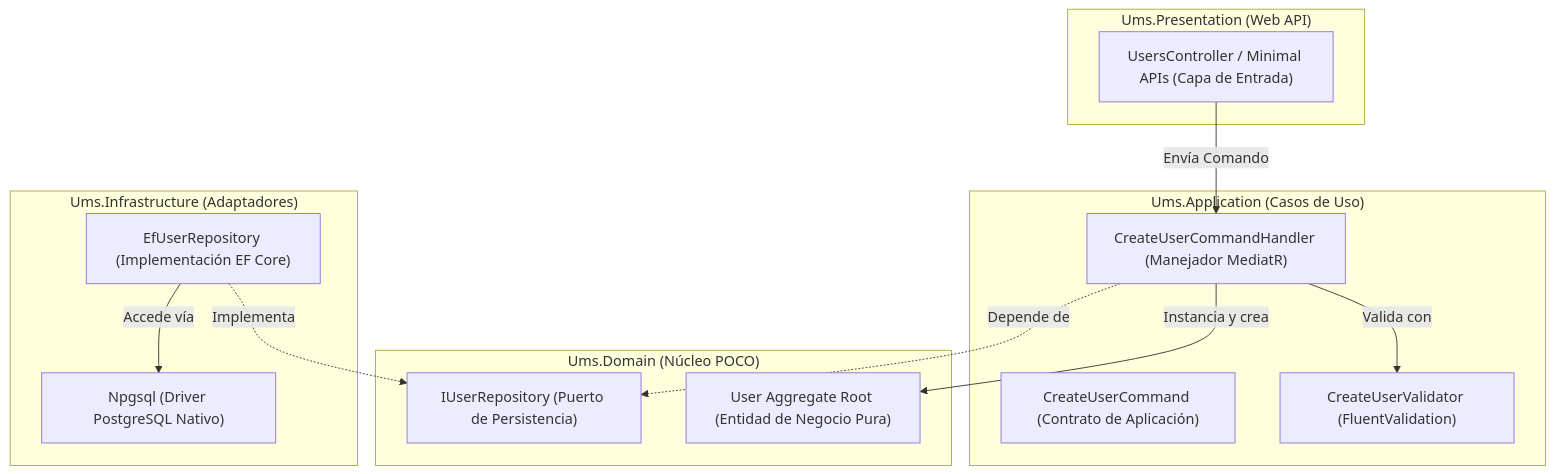
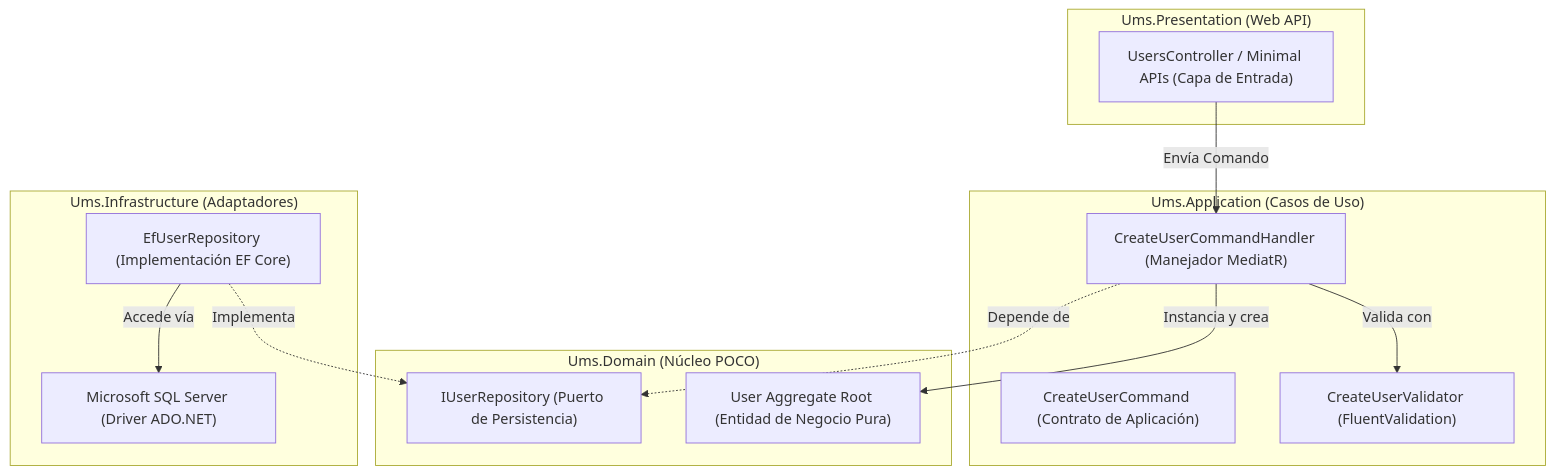
The third of 7 diagrams in architecture/blueprints-es/architecture-spec.md (beyondnetcode/ums), drawn with Mermaid before and after one commit. The commit also changed other lines of this file and 8 other files, not shown here.

````diff
--- a/architecture/blueprints-es/architecture-spec.md
+++ b/architecture/blueprints-es/architecture-spec.md
@@ -122,30 +122,30 @@
 ```mermaid
 graph TD
     subgraph Presentation["Ums.Presentation (Web API)"]
         Controller["UsersController / Minimal APIs (Capa de Entrada)"]
     end
 
     subgraph Application["Ums.Application (Casos de Uso)"]
         Handler["CreateUserCommandHandler (Manejador MediatR)"]
         Command["CreateUserCommand (Contrato de Aplicación)"]
         Validator["CreateUserValidator (FluentValidation)"]
     end
 
     subgraph Domain["Ums.Domain (Núcleo POCO)"]
         Entity["User Aggregate Root (Entidad de Negocio Pura)"]
         IUserRepo["IUserRepository (Puerto de Persistencia)"]
     end
 
     subgraph Infrastructure["Ums.Infrastructure (Adaptadores)"]
         EfRepo["EfUserRepository (Implementación EF Core)"]
-        Postgres["Npgsql (Driver PostgreSQL Nativo)"]
+        SqlServer["Microsoft SQL Server (Driver ADO.NET)"]
     end
 
-    Controller -->|Envía Comando| Handler
-    Handler -->|Valida con| Validator
-    Handler -->|Instancia y crea| Entity
-    Handler -.->|Depende de| IUserRepo
+    Controller -->|"Envía Comando"| Handler
+    Handler -->|"Valida con"| Validator
+    Handler -->|"Instancia y crea"| Entity
+    Handler -.->|"Depende de"| IUserRepo
     
-    EfRepo -.->|Implementa| IUserRepo
-    EfRepo -->|Accede vía| Postgres
+    EfRepo -.->|"Implementa"| IUserRepo
+    EfRepo -->|"Accede vía"| SqlServer
 ```
````
